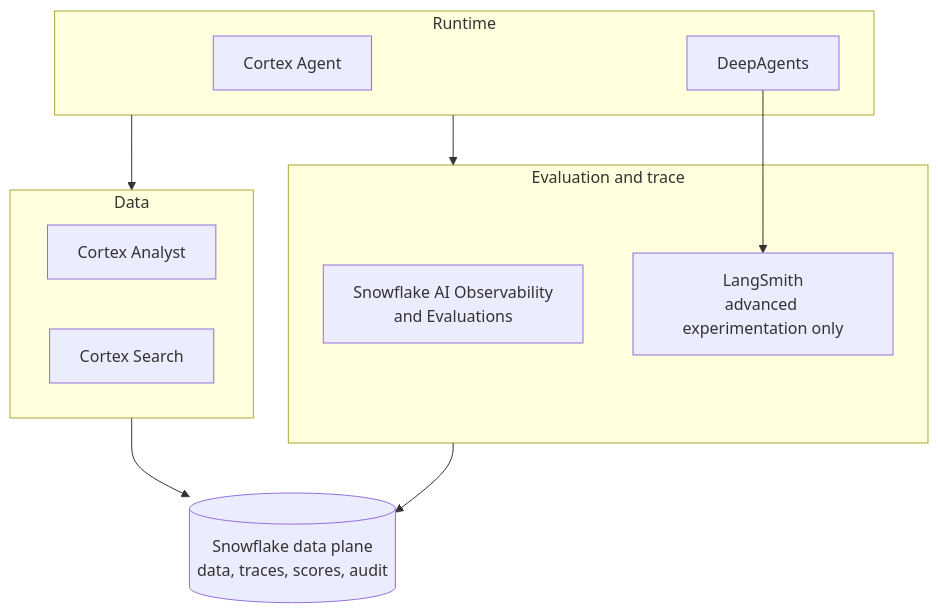
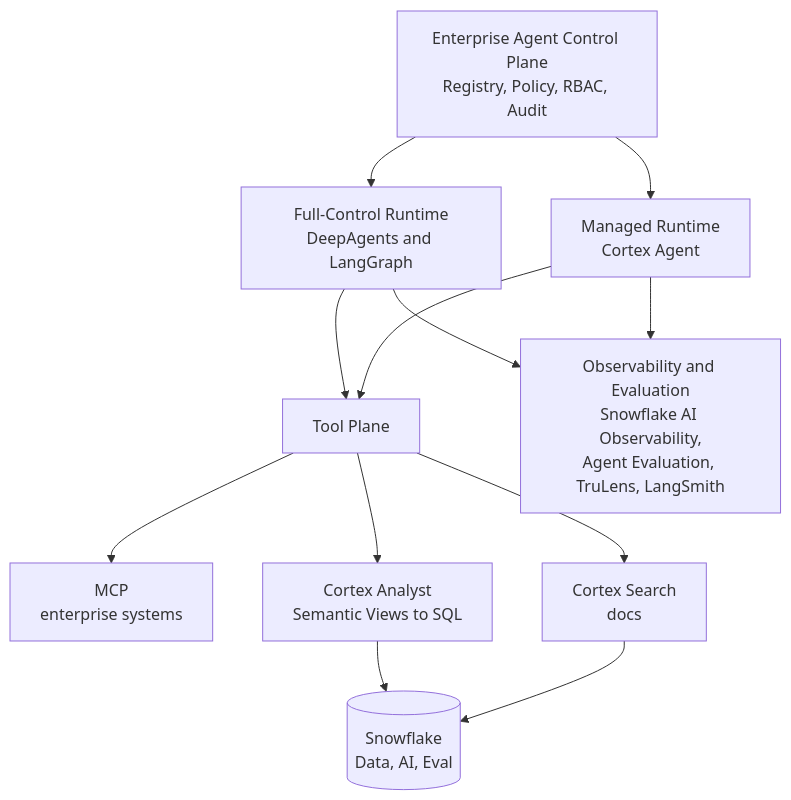
The sixth of 6 diagrams in temp/Snowflake Agent体系-成稿.md (devweekly/devweekly.github.io), drawn with Mermaid before and after one commit. The commit also changed other lines of this file, not shown here.

````diff
--- a/temp/Snowflake Agent体系-成稿.md
+++ b/temp/Snowflake Agent体系-成稿.md
@@ -241,22 +288,24 @@
 ```mermaid
 flowchart TD
-    subgraph RT["Runtime"]
-        CA["Cortex Agent"]
-        DA["DeepAgents"]
-    end
-    subgraph DT["Data"]
-        AN["Cortex Analyst"]
-        CS["Cortex Search"]
-    end
-    subgraph EV["Evaluation and trace"]
-        SE["Snowflake AI Observability<br/>and Evaluations"]
-        LS["LangSmith<br/>advanced experimentation only"]
-    end
-    SF[("Snowflake data plane<br/>data, traces, scores, audit")]
+    CP["Enterprise Agent Control Plane<br/>Registry, Policy, RBAC, Audit"]
+    FR["Full-Control Runtime<br/>DeepAgents and LangGraph"]
+    MR["Managed Runtime<br/>Cortex Agent"]
+    TP["Tool Plane"]
+    MCP["MCP<br/>enterprise systems"]
+    CS["Cortex Search<br/>docs"]
+    AN["Cortex Analyst<br/>Semantic Views to SQL"]
+    SF[("Snowflake<br/>Data, AI, Eval")]
+    OB["Observability and Evaluation<br/>Snowflake AI Observability,<br/>Agent Evaluation, TruLens, LangSmith"]
 
-    RT --> DT
-    RT --> EV
-    DT --> SF
-    EV --> SF
-    DA --> LS
+    CP --> FR
+    CP --> MR
+    FR --> TP
+    MR --> TP
+    TP --> MCP
+    TP --> CS
+    TP --> AN
+    AN --> SF
+    CS --> SF
+    FR --> OB
+    MR --> OB
 ```
````
